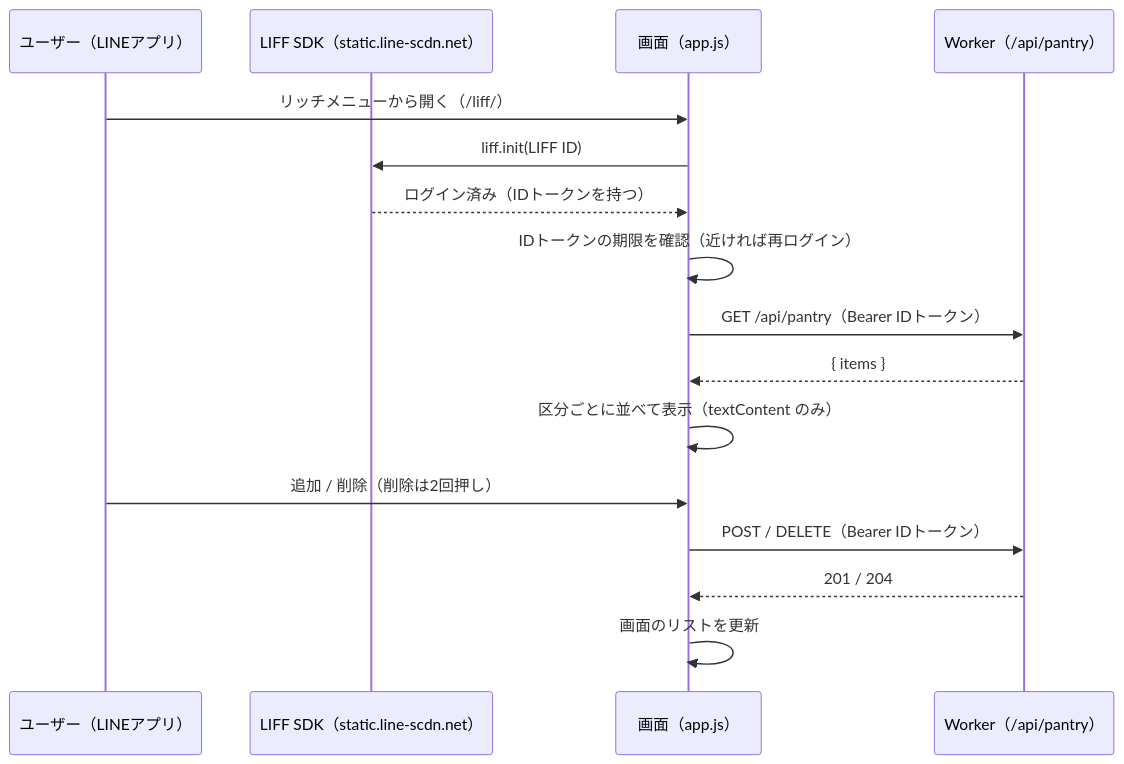
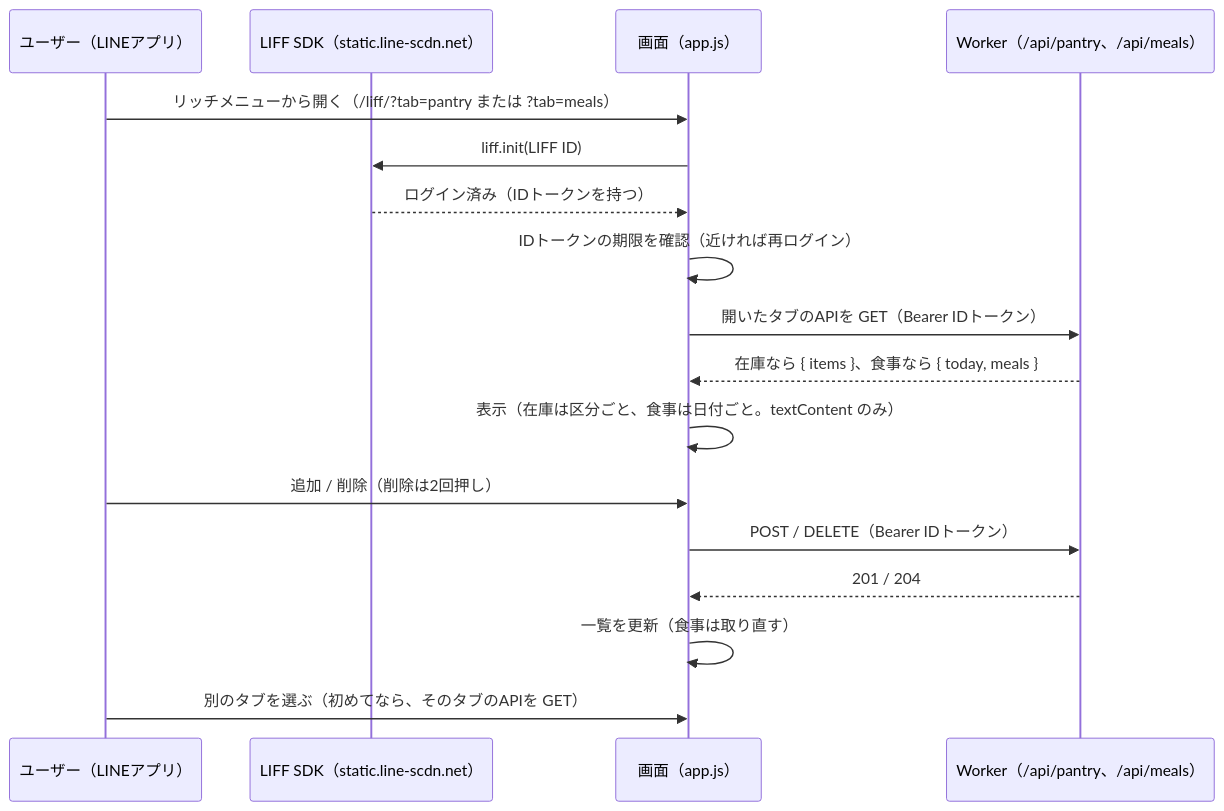
One commit to chelfansea-engineer/kondate-bot changed the fifth of 6 diagrams in docs/design.md. Above: the diagram before and after it, drawn with Mermaid. The commit also changed other lines of this file and 3 other files, not shown here.

````diff
--- a/docs/design.md
+++ b/docs/design.md
@@ -179,19 +193,20 @@
 ```mermaid
 sequenceDiagram
   participant U as ユーザー（LINEアプリ）
   participant S as LIFF SDK（static.line-scdn.net）
   participant P as 画面（app.js）
-  participant W as Worker（/api/pantry）
+  participant W as Worker（/api/pantry、/api/meals）
 
-  U->>P: リッチメニューから開く（/liff/）
+  U->>P: リッチメニューから開く（/liff/?tab=pantry または ?tab=meals）
   P->>S: liff.init(LIFF ID)
   S-->>P: ログイン済み（IDトークンを持つ）
   P->>P: IDトークンの期限を確認（近ければ再ログイン）
-  P->>W: GET /api/pantry（Bearer IDトークン）
-  W-->>P: { items }
-  P->>P: 区分ごとに並べて表示（textContent のみ）
+  P->>W: 開いたタブのAPIを GET（Bearer IDトークン）
+  W-->>P: 在庫なら { items }、食事なら { today, meals }
+  P->>P: 表示（在庫は区分ごと、食事は日付ごと。textContent のみ）
   U->>P: 追加 / 削除（削除は2回押し）
   P->>W: POST / DELETE（Bearer IDトークン）
   W-->>P: 201 / 204
-  P->>P: 画面のリストを更新
+  P->>P: 一覧を更新（食事は取り直す）
+  U->>P: 別のタブを選ぶ（初めてなら、そのタブのAPIを GET）
 ```
````
